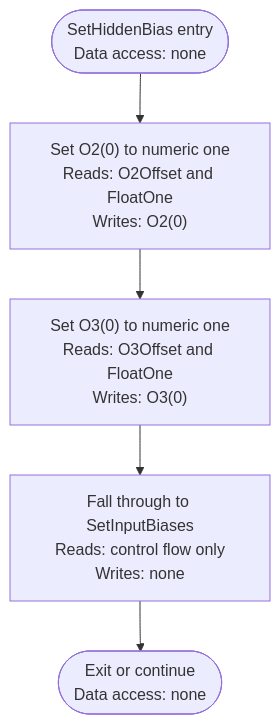
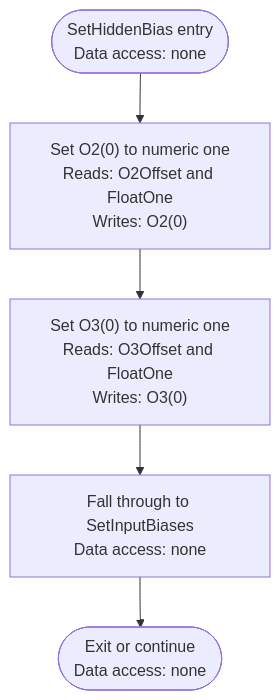
Before and after one commit to sharpninja/NeuralNetworks: diagram 12 of 51 in docs/Diagrams/BP-ML-Activity-Diagrams.md, drawn with Mermaid. The commit also changed other lines of this file and 10 other files, not shown here.

````diff
--- a/docs/Diagrams/BP-ML-Activity-Diagrams.md
+++ b/docs/Diagrams/BP-ML-Activity-Diagrams.md
@@ -319,7 +360,7 @@
 ```mermaid
 flowchart TD
     A(["SetHiddenBias entry<br/>Data access: none"]) --> B["Set O2(0) to numeric one<br/>Reads: O2Offset and FloatOne<br/>Writes: O2(0)"]
     B --> C["Set O3(0) to numeric one<br/>Reads: O3Offset and FloatOne<br/>Writes: O3(0)"]
-    C --> D["Fall through to SetInputBiases<br/>Reads: control flow only<br/>Writes: none"]
+    C --> D["Fall through to SetInputBiases<br/>Data access: none"]
     D --> Z(["Exit or continue<br/>Data access: none"])
 ```
````
